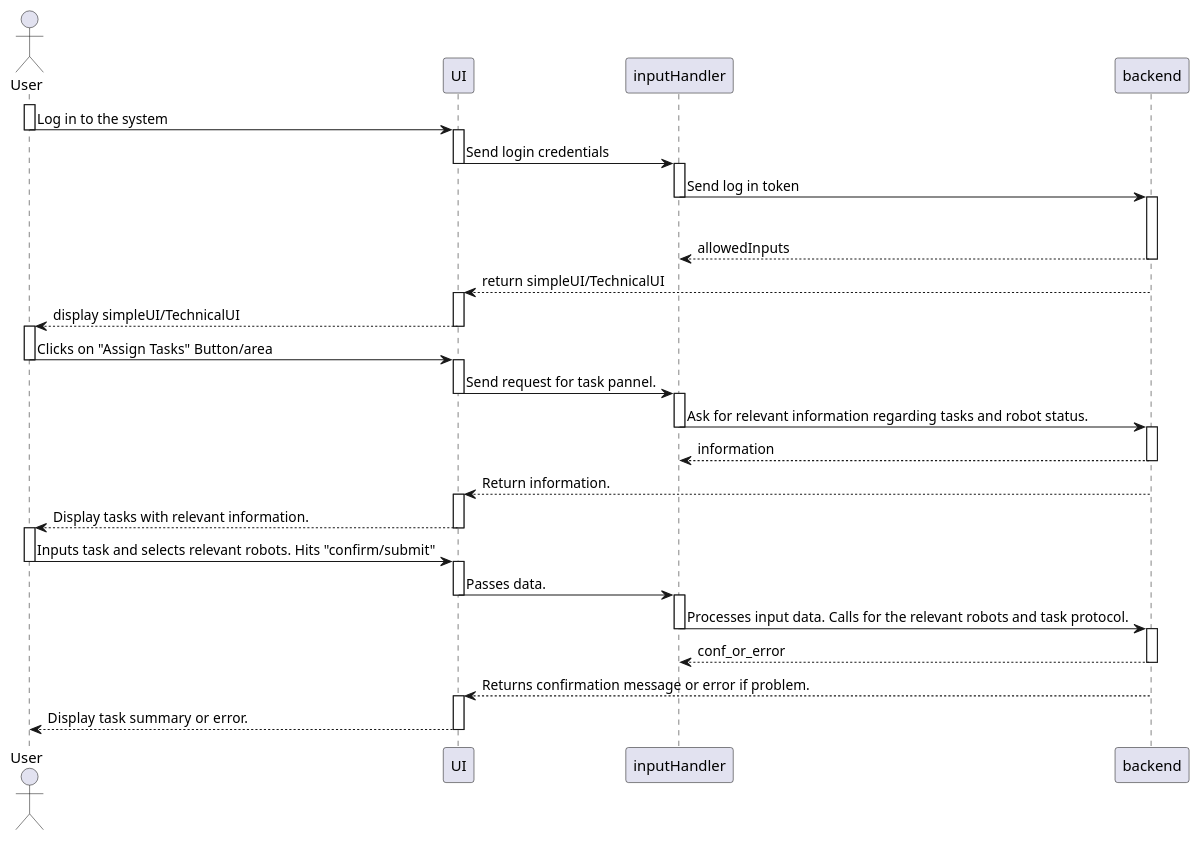
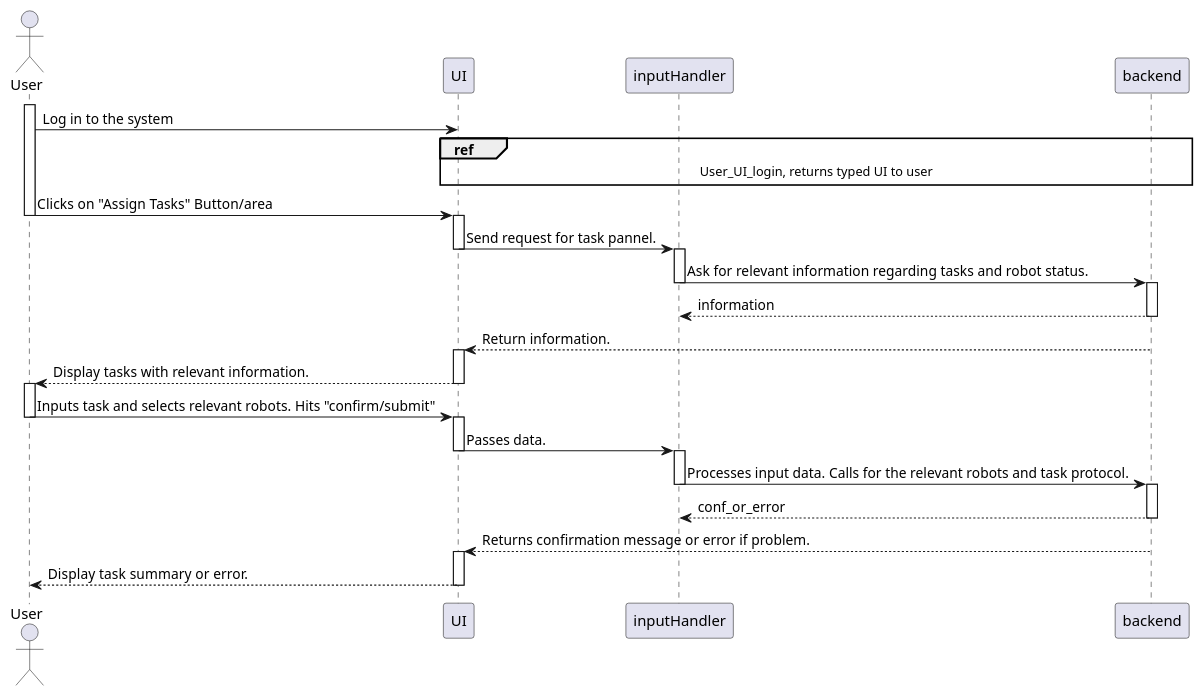
The diagram in docs/design/Sequence/User_To_UI/User_UI_Simplistic_View_Assign_Tasks.puml (ur-swe-fa24/main-project-jeck-inc), drawn with PlantUML before and after one commit. The commit also changed other lines of this file and 12 other files, not shown here.

Commit message:
added sequence1 fix assigned to me (refs in the sequence diagrams

```diff
--- a/docs/design/Sequence/User_To_UI/User_UI_Simplistic_View_Assign_Tasks.puml
+++ b/docs/design/Sequence/User_To_UI/User_UI_Simplistic_View_Assign_Tasks.puml
@@ -1,83 +1,62 @@
 @startuml ABasicSeqDiagram
 
 
 actor User
 participant UI
 participant inputHandler 
 participant backend
 
 activate User 
-User -> UI: Log in to the system
-deactivate User 
-
-activate UI
-UI -> inputHandler: Send login credentials
-deactivate UI
-
-' waits for the backend to return. Ensures error handling is done gracefully.
-activate inputHandler
-inputHandler -> backend: Send log in token
-deactivate inputHandler
-
-activate backend
-alt ifValidCredentials
-    return allowedInputs
-    backend --> UI: return simpleUI/TechnicalUI
-deactivate backend
-
-'User is now logged in with a simple UI availible to them
-activate UI
-UI --> User: display simpleUI/TechnicalUI
-deactivate UI
-
-activate User
+User -> UI: Log in to the system 
+ref over UI, inputHandler, backend : User_UI_login, returns typed UI to user
+' UI --> User: display typed UI
 User -> UI: Clicks on "Assign Tasks" Button/area
 deactivate User
 
 activate UI
 UI -> inputHandler: Send request for task pannel.
 deactivate UI
 
 activate inputHandler
 inputHandler -> backend: Ask for relevant information regarding tasks and robot status.
 deactivate inputHandler
 
 ' waits for the backend to return. Ensures error handling is done gracefully.
 activate backend
 return information
 backend --> UI: Return information.
 deactivate backend
 
 activate UI
 UI --> User: Display tasks with relevant information.
 deactivate UI
 
 'User is now displayed a task screen with an area to input tasks, along with current statuses of robot and overview of the simulation.
 
 activate User
 User -> UI: Inputs task and selects relevant robots. Hits "confirm/submit"
 deactivate User
 
 activate UI
 UI -> inputHandler: Passes data.
 deactivate UI
 
 activate inputHandler
 inputHandler -> backend: Processes input data. Calls for the relevant robots and task protocol.
 deactivate inputHandler
 
 ' waits for the backend to return. Ensures error handling is done gracefully.
 activate backend
 return conf_or_error
 backend --> UI: Returns confirmation message or error if problem.
 deactivate backend
 
 'User is now logged in with a simple UI availible to them
 activate UI
 UI --> User: Display task summary or error.
 deactivate UI
 
 
 
 
 @enduml
```
